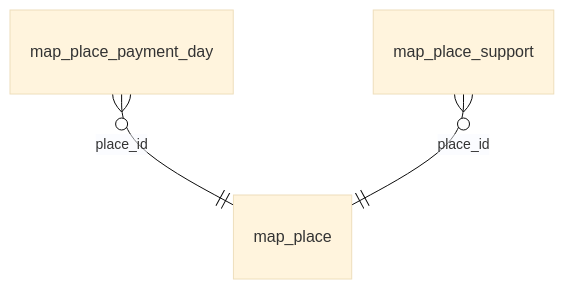
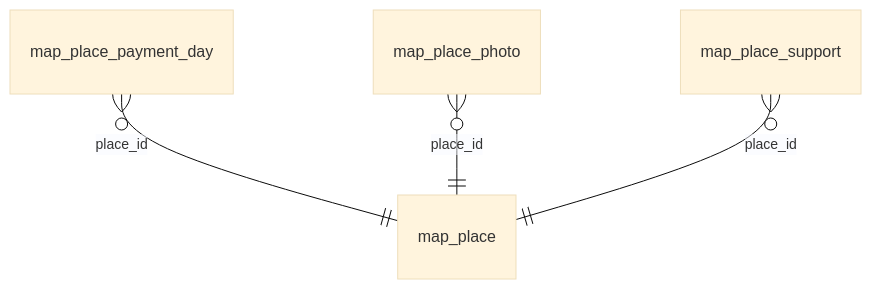
Before and after one commit to davidleomayAI/opencryptopay-api: the diagram in docs/database/tables/map_place.md, drawn with Mermaid (base theme). The commit also changed other lines of this file and 40 other files, not shown here.

````diff
--- a/docs/database/tables/map_place.md
+++ b/docs/database/tables/map_place.md
@@ -50,5 +53,6 @@
 ```mermaid
 erDiagram
     "map_place_payment_day" }o--|| "map_place" : "place_id"
+    "map_place_photo" }o--|| "map_place" : "place_id"
     "map_place_support" }o--|| "map_place" : "place_id"
 ```
````
